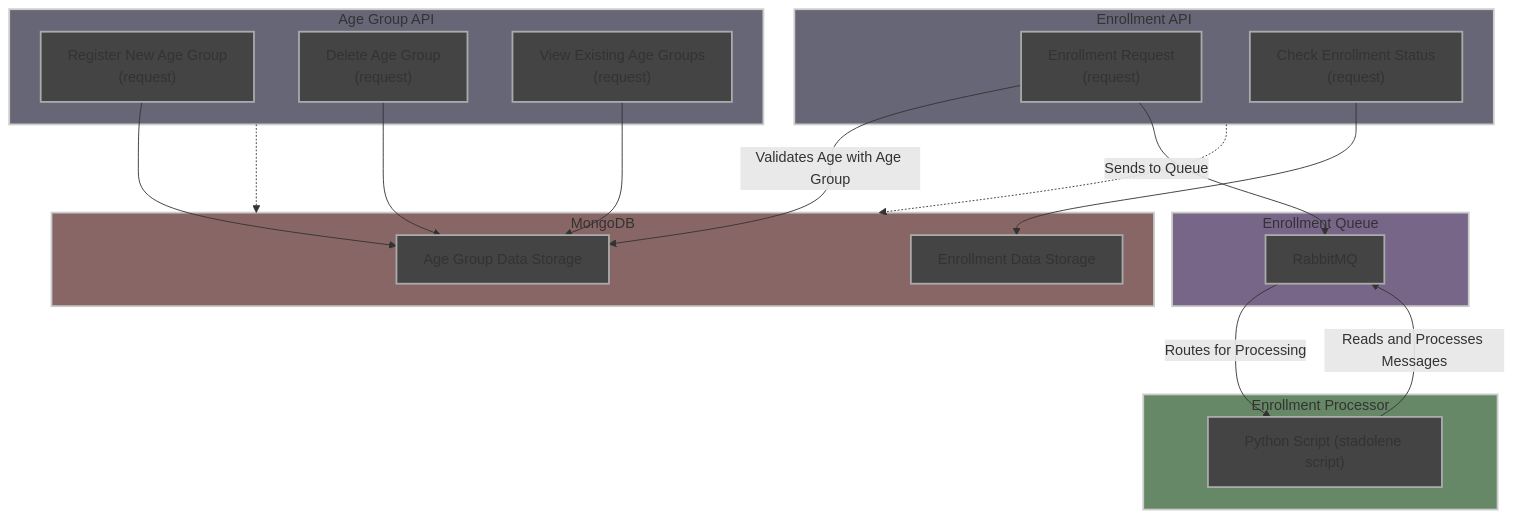
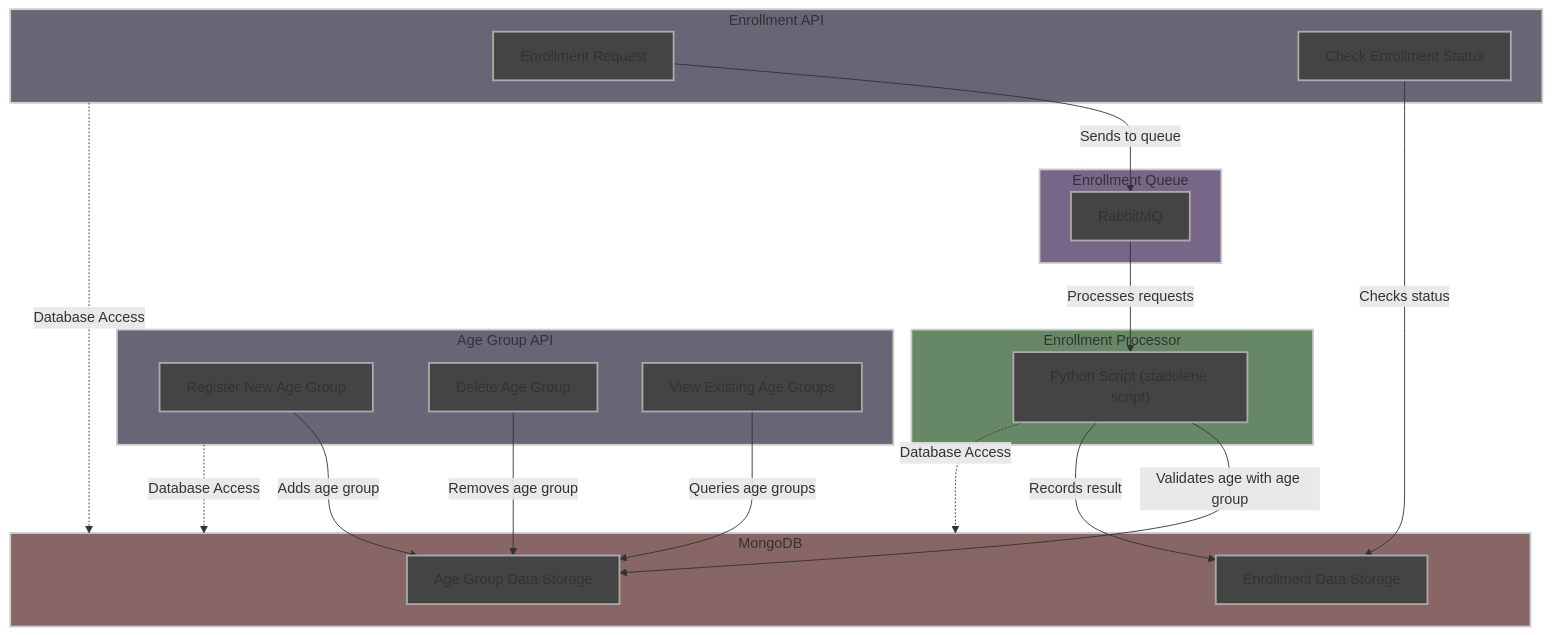
Before and after one commit to guilhiz/Enrollment-APIs-Monorepo: the diagram in README.md, drawn with Mermaid.

Commit message:
docs: update diagram mermaid README.md

````diff
--- a/README.md
+++ b/README.md
@@ -9,56 +9,52 @@
 ```mermaid
 graph TB
     subgraph api1["Age Group API"]
-        RG["Register New Age Group
-             (request)"]
-        EG["Delete Age Group
-                (request)"]
-        VG["View Existing Age Groups
-                  (request)"]
+        RG["Register New Age Group"]
+        EG["Delete Age Group"]
+        VG["View Existing Age Groups"]
     end
 
     subgraph api2["Enrollment API"]
-        SM["Enrollment Request
-                 (request)"]
-        CM["Check Enrollment Status
-                    (request)"]
+        SM["Enrollment Request"]
+        CM["Check Enrollment Status"]
     end
 
     subgraph mq["Enrollment Queue"]
-        RQM[RabbitMQ]
+        RQM["RabbitMQ"]
     end
 
     subgraph proc["Enrollment Processor"]
         script["Python Script (stadolene script)"]
-        script -->|Reads and Processes Messages| RQM
     end
 
     subgraph db["MongoDB"]
         AET["Age Group Data Storage"]
         ADM["Enrollment Data Storage"]
     end
 
-    RG --> AET
-    EG --> AET
-    VG --> AET
+    RG -->|Adds age group| AET
+    EG -->|Removes age group| AET
+    VG -->|Queries age groups| AET
 
-    SM -->|Validates Age with Age Group| AET
-    SM -->|Sends to Queue| RQM
-    CM --> ADM
+    script -->|Validates age with age group| AET
+    SM -->|Sends to queue| RQM
+    CM -->|Checks status| ADM
 
-    RQM -->|Routes for Processing| script
+    RQM -->|Processes requests| script
+    script -->|Records result| ADM
 
-    api1 -.-> db
-    api2 -.-> db
+    api1 -. "Database Access" .-> db
+    api2 -. "Database Access" .-> db
+    script -. "Database Access" .-> db
 
     classDef default fill:#444,stroke:#aaa,stroke-width:2px;
     classDef api fill:#667,stroke:#ccc,stroke-width:2px;
     classDef storage fill:#866,stroke:#ccc,stroke-width:2px;
     classDef queue fill:#768,stroke:#ccc,stroke-width:2px;
     classDef process fill:#686,stroke:#ccc,stroke-width:2px;
 
     class api1,api2 api;
     class db storage;
     class mq queue;
     class proc process;
 ```
````
